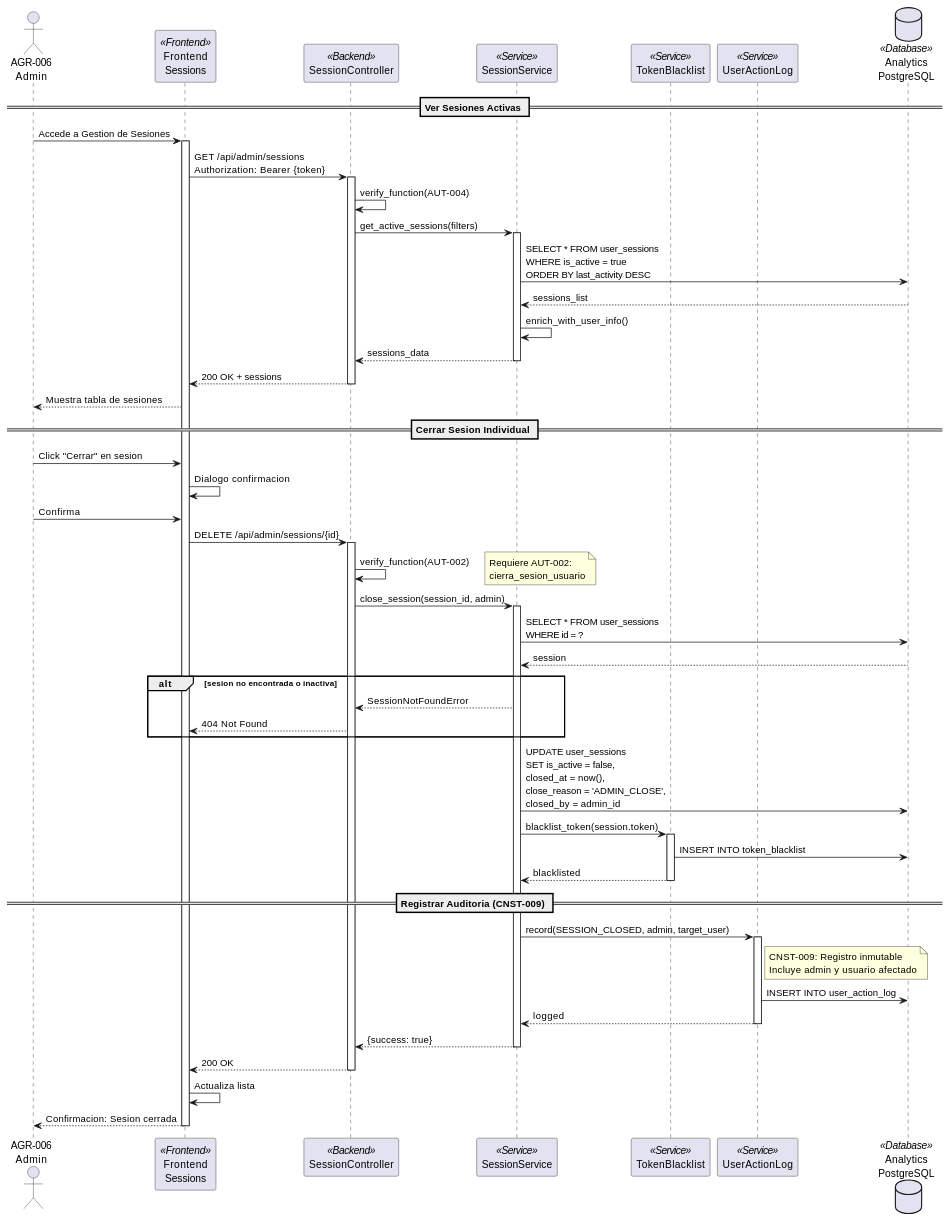
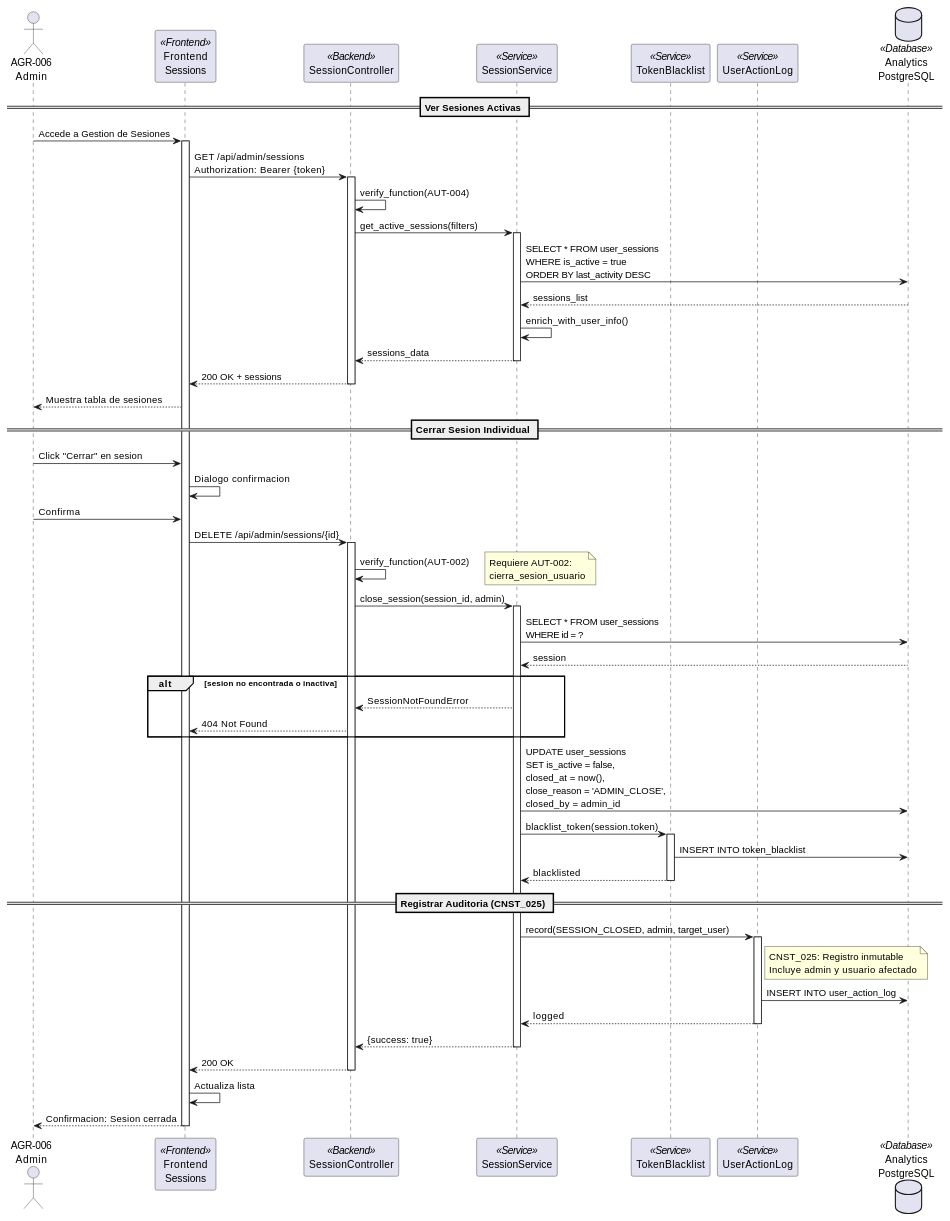
The second of 3 diagrams in source/requisitos/casos_uso/auth/UC_AUTH_05_Gestionar_Sesiones.rst (jcg-admin/IACT-docs), drawn with PlantUML before and after one commit. The commit also changed other lines of this file and 67 other files, not shown here.

```diff
--- a/source/requisitos/casos_uso/auth/UC_AUTH_05_Gestionar_Sesiones.rst
+++ b/source/requisitos/casos_uso/auth/UC_AUTH_05_Gestionar_Sesiones.rst
@@ -280,11 +280,11 @@
    TB --> SS: blacklisted
    deactivate TB
 
-   == Registrar Auditoria (CNST-009) ==
+   == Registrar Auditoria (CNST_025) ==
    SS -> UAL: record(SESSION_CLOSED, admin, target_user)
    activate UAL
    note right of UAL
-     CNST-009: Registro inmutable
+     CNST_025: Registro inmutable
      Incluye admin y usuario afectado
    end note
    UAL -> DB: INSERT INTO user_action_log
```
